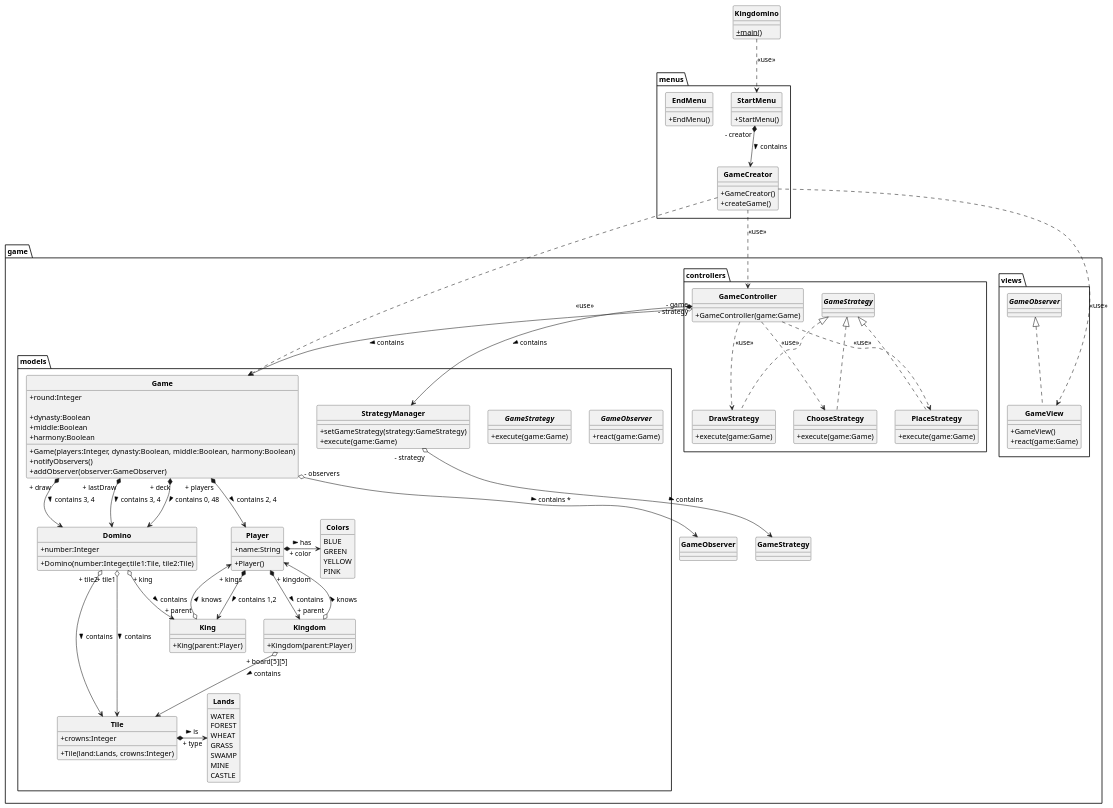
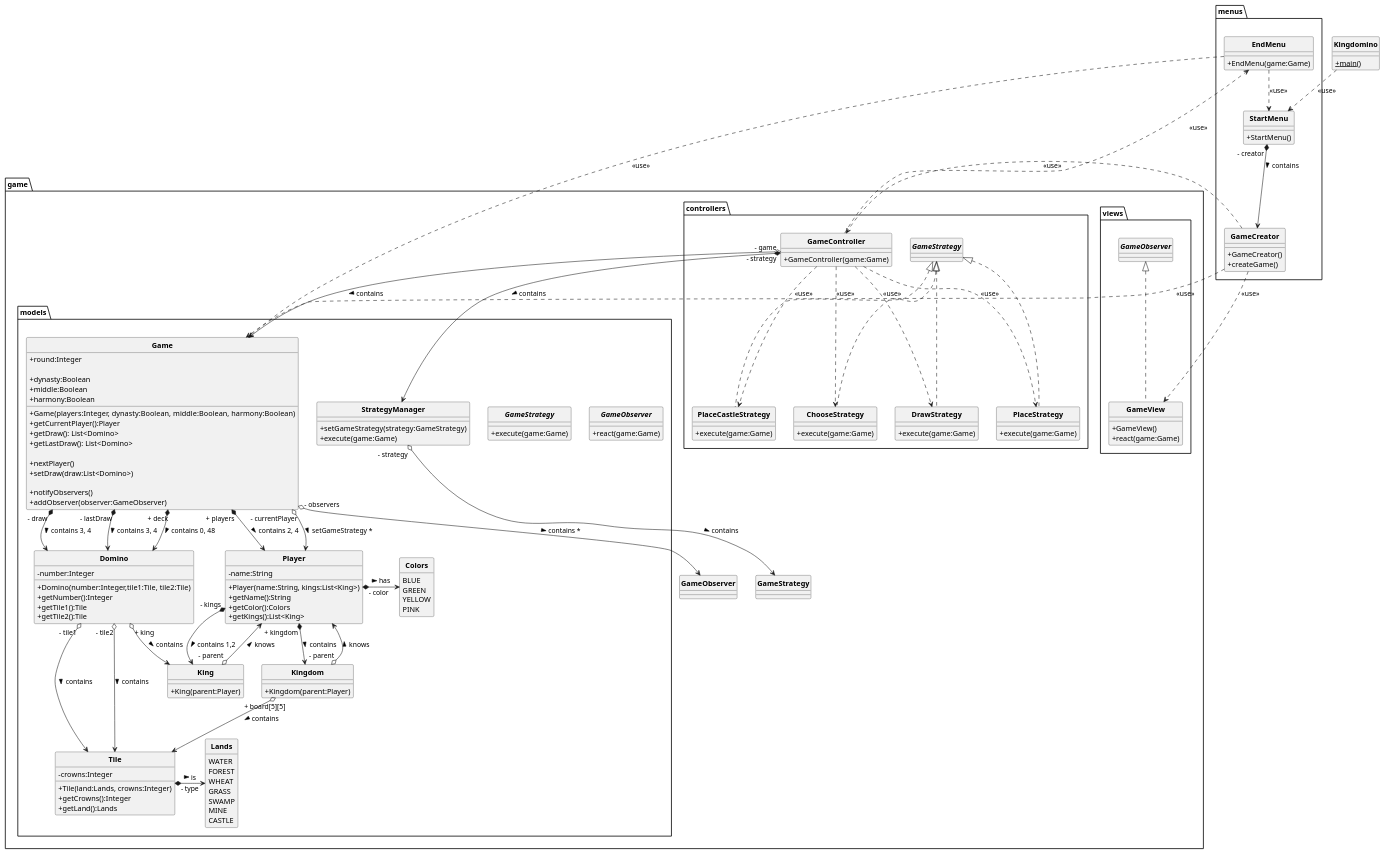
Before and after one commit to FranckG28/KingDomino: the diagram in rendu1/Kingdomino.puml, drawn with PlantUML.

Commit message:
Added PUML Class Diagram

```diff
--- a/rendu1/Kingdomino.puml
+++ b/rendu1/Kingdomino.puml
@@ -1,169 +1,199 @@
 @startuml
 'https://plantuml.com/class-diagram
 
 skinparam style strictuml
 skinparam classAttributeIconSize 0
 skinparam classFontStyle Bold
 hide enum methods
 
 class Kingdomino {
     + {static}main()
 }
 
 package menus {
 
     class StartMenu {
        + StartMenu()
     }
 
     class EndMenu {
-       + EndMenu()
+       + EndMenu(game:Game)
     }
 
     class GameCreator {
         + GameCreator()
         + createGame()
     }
 
 }
 
 package game {
 
 package models {
 
         interface GameObserver {
             + react(game:Game)
         }
 
         interface GameStrategy {
             + execute(game:Game)
         }
 
         class Game {
             + Game(players:Integer, dynasty:Boolean,  middle:Boolean, harmony:Boolean)
 
             + round:Integer
 
             + dynasty:Boolean
             + middle:Boolean
             + harmony:Boolean
 
+            + getCurrentPlayer():Player
+            + getDraw(): List<Domino>
+            + getLastDraw(): List<Domino>
+
+            + nextPlayer()
+            + setDraw(draw:List<Domino>)
+
             + notifyObservers()
             + addObserver(observer:GameObserver)
 
         }
 
         class StrategyManager {
             + setGameStrategy(strategy:GameStrategy)
             + execute(game:Game)
         }
 
         class Player {
-            + Player()
-            + name:String
+            + Player(name:String, kings:List<King>)
+            - name:String
+
+            + getName():String
+            + getColor():Colors
+            + getKings():List<King>
+
         }
 
         class King {
             + King(parent:Player)
         }
 
         class Kingdom {
             + Kingdom(parent:Player)
         }
 
         class Domino {
             + Domino(number:Integer,tile1:Tile, tile2:Tile)
-            + number:Integer
+            - number:Integer
+
+            + getNumber():Integer
+            + getTile1():Tile
+            + getTile2():Tile
+
         }
 
         class Tile {
             + Tile(land:Lands, crowns:Integer)
-            + crowns:Integer
+            - crowns:Integer
+
+            + getCrowns():Integer
+            + getLand():Lands
         }
 
         enum Lands {
             WATER
             FOREST
             WHEAT
             GRASS
             SWAMP
             MINE
             CASTLE
         }
 
         enum Colors {
             BLUE
             GREEN
             YELLOW
             PINK
         }
 
     }
 
     package views {
         class GameView implements GameObserver {
             + GameView()
             + react(game:Game)
         }
     }
 
     package controllers {
 
         class GameController {
             + GameController(game:Game)
         }
 
+        class PlaceCastleStrategy implements GameStrategy {
+            + execute(game:Game)
+        }
+
         class DrawStrategy implements GameStrategy {
             + execute(game:Game)
         }
 
         class ChooseStrategy implements GameStrategy {
             + execute(game:Game)
         }
 
         class PlaceStrategy implements GameStrategy {
             + execute(game:Game)
         }
 
     }
 
     Kingdomino ..> StartMenu : "<<use>>"
 
     GameCreator ..> Game : "<<use>>"
     GameCreator ..> GameView : "<<use>>"
     GameCreator ..> GameController : "<<use>>"
 
     Game *--> Player : " + players" > contains 2, 4
     Game *--> Domino : " + deck" > contains 0, 48
-    Game *--> Domino : " + draw" > contains 3, 4
-    Game *--> Domino : " + lastDraw" > contains 3, 4
+    Game *--> Domino : " - draw" > contains 3, 4
+    Game *--> Domino : " - lastDraw" > contains 3, 4
     Game o--> GameObserver : " - observers" > contains *
+    Game o--> Player : " - currentPlayer" > setGameStrategy *
 
     GameController o--> Game : " - game" > contains
     GameController *--> StrategyManager : " - strategy" > contains
     GameController ..> DrawStrategy : "<<use>>"
     GameController ..> ChooseStrategy : "<<use>>"
     GameController ..> PlaceStrategy : "<<use>>"
+    GameController ..> PlaceCastleStrategy : "<<use>>"
+    GameController ..> EndMenu : "<<use>>"
 
     StrategyManager o--> GameStrategy : " - strategy" > contains
 
     StartMenu *--> GameCreator : " - creator" > contains
 
+    EndMenu ..> Game : "<<use>>"
+    EndMenu ..> StartMenu : "<<use>>"
+
     Player *--> Kingdom : " + kingdom" > contains
-    Player *--> King : " + kings" > contains 1,2
-    Player *-> Colors : " + color" > has
+    Player *--> King : " - kings" > contains 1,2
+    Player *-> Colors : " - color" > has
 
-    King o--> Player : " + parent" > knows
+    King o--> Player : " - parent" > knows
 
-    Kingdom o--> Player : " + parent" > knows
+    Kingdom o--> Player : " - parent" > knows
     Kingdom o--> Tile : " + board[5][5]" > contains
 
-    Domino o-> Tile : " + tile1" > contains
-    Domino o-> Tile : " + tile2" > contains
+    Domino o-> Tile : " - tile1" > contains
+    Domino o-> Tile : " - tile2" > contains
     Domino o--> King : " + king" > contains
 
-    Tile *-> Lands : " + type" > is
+    Tile *-> Lands : " - type" > is
 
 }
 
 @enduml
```
